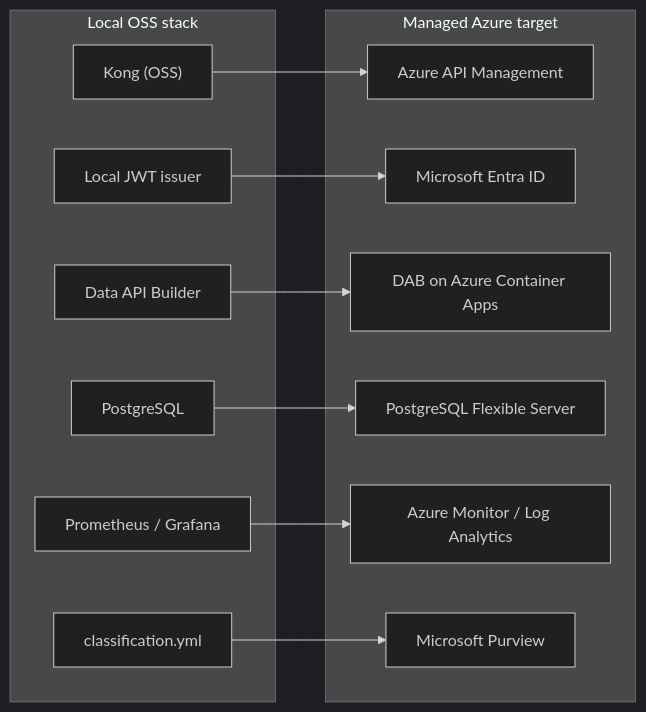
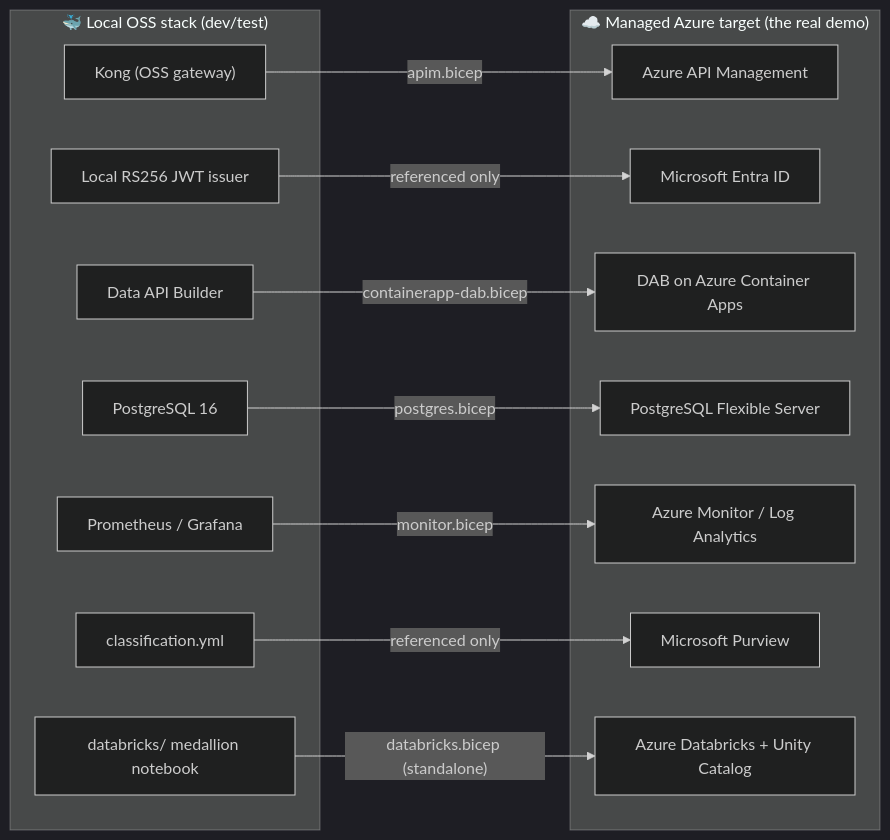
One commit to fgarofalo56/nasa-api-first-poc changed the first of 2 diagrams in infra/azure/README.md. Above: the diagram before and after it, drawn with Mermaid (dark theme). The commit also changed other lines of this file and 40 other files, not shown here.

````diff
--- a/infra/azure/README.md
+++ b/infra/azure/README.md
@@ -18,25 +97,28 @@
 ```mermaid
 flowchart LR
-    subgraph local["Local OSS stack"]
-        K["Kong (OSS)"]
-        J["Local JWT issuer"]
+    subgraph local["🐳 Local OSS stack (dev/test)"]
+        K["Kong (OSS gateway)"]
+        J["Local RS256 JWT issuer"]
         D["Data API Builder"]
-        P["PostgreSQL"]
+        P["PostgreSQL 16"]
         M["Prometheus / Grafana"]
         C["classification.yml"]
+        L["databricks/ medallion notebook"]
     end
-    subgraph azure["Managed Azure target"]
+    subgraph azure["☁️ Managed Azure target (the real demo)"]
         AM["Azure API Management"]
         EN["Microsoft Entra ID"]
         DA["DAB on Azure Container Apps"]
         PG["PostgreSQL Flexible Server"]
         LA["Azure Monitor / Log Analytics"]
         PU["Microsoft Purview"]
+        DBX["Azure Databricks + Unity Catalog"]
     end
-    K --> AM
-    J --> EN
-    D --> DA
-    P --> PG
-    M --> LA
-    C --> PU
+    K  -->|"apim.bicep"| AM
+    J  -->|"referenced only"| EN
+    D  -->|"containerapp-dab.bicep"| DA
+    P  -->|"postgres.bicep"| PG
+    M  -->|"monitor.bicep"| LA
+    C  -->|"referenced only"| PU
+    L  -->|"databricks.bicep (standalone)"| DBX
 ```
````
